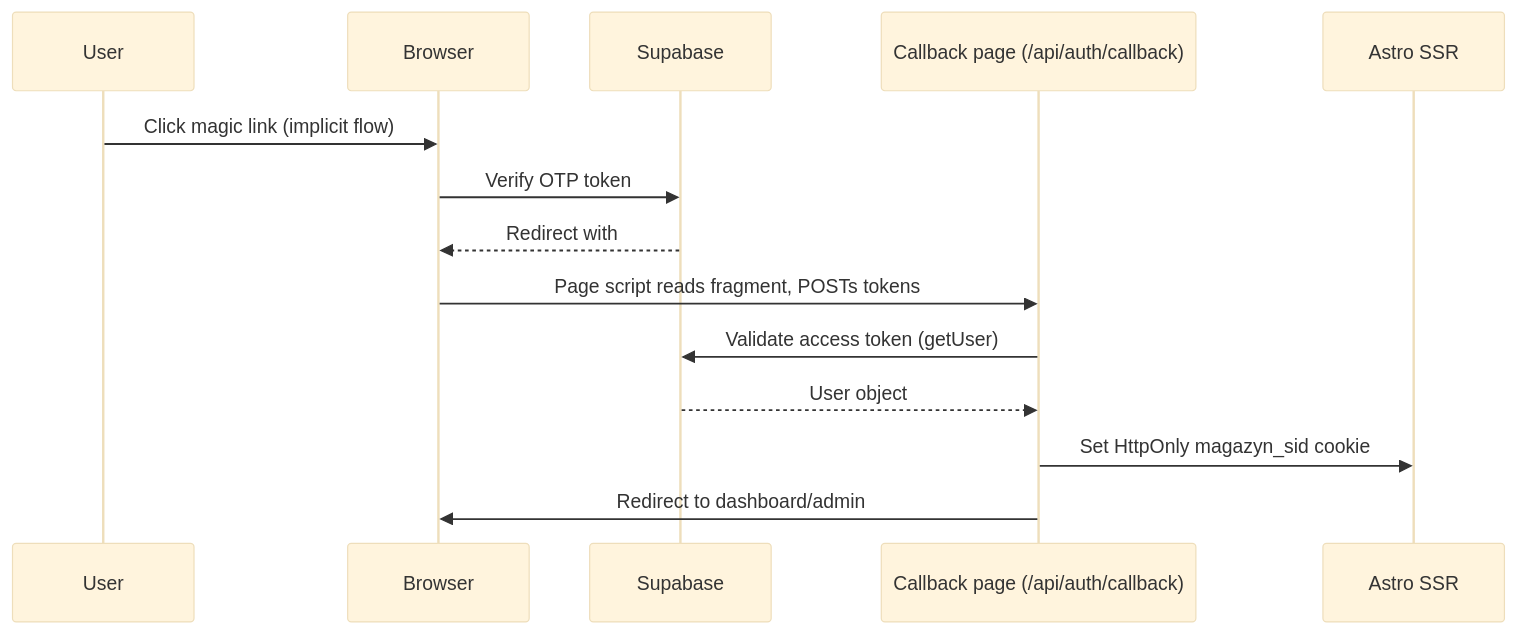
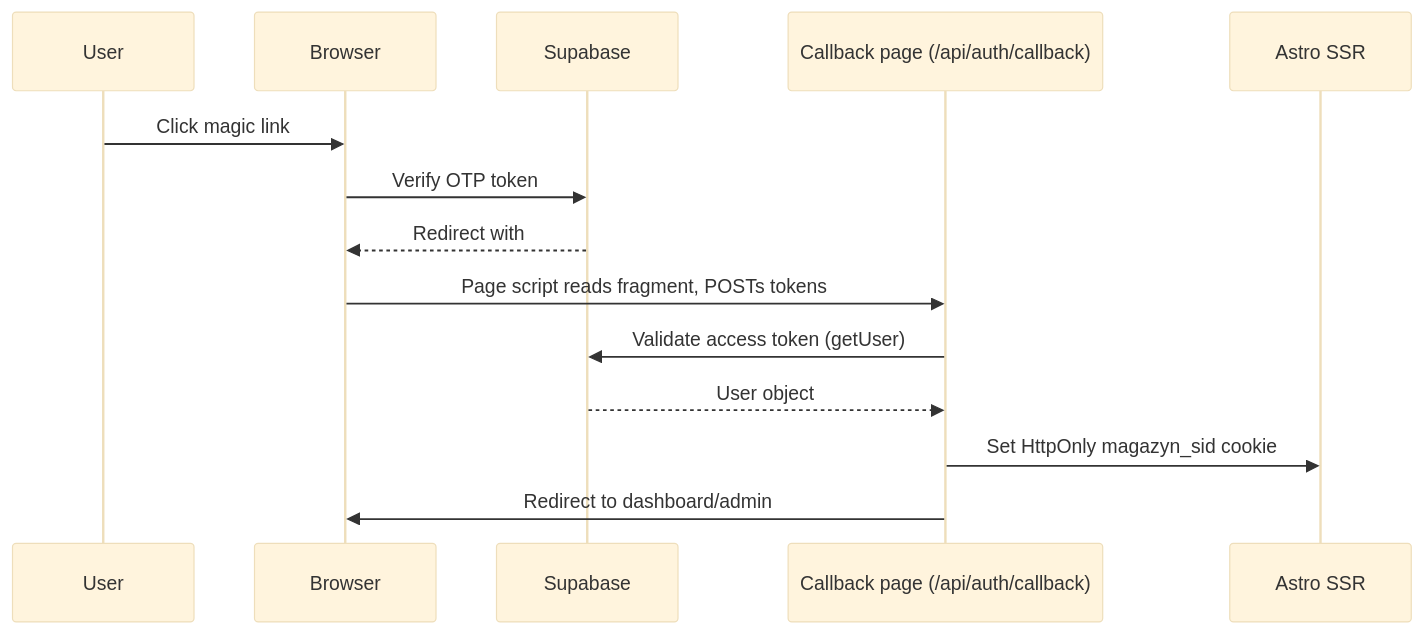
One commit to AKTK-Bystrze/Magazyn changed the second of 2 diagrams in documentation/flows/auth-flow.md. Above: the diagram before and after it, drawn with Mermaid (base theme). The commit also changed other lines of this file and 15 other files, not shown here.

````diff
--- a/documentation/flows/auth-flow.md
+++ b/documentation/flows/auth-flow.md
@@ -52,17 +52,17 @@
 ```mermaid
 sequenceDiagram
     participant User
     participant Browser
     participant Supabase
     participant Callback as Callback page (/api/auth/callback)
     participant Astro as Astro SSR
 
-    User->>Browser: Click magic link (implicit flow)
+    User->>Browser: Click magic link
     Browser->>Supabase: Verify OTP token
     Supabase-->>Browser: Redirect with #access_token (fragment)
     Browser->>Callback: Page script reads fragment, POSTs tokens
     Callback->>Supabase: Validate access token (getUser)
     Supabase-->>Callback: User object
     Callback->>Astro: Set HttpOnly magazyn_sid cookie
     Callback->>Browser: Redirect to dashboard/admin
 ```
````
